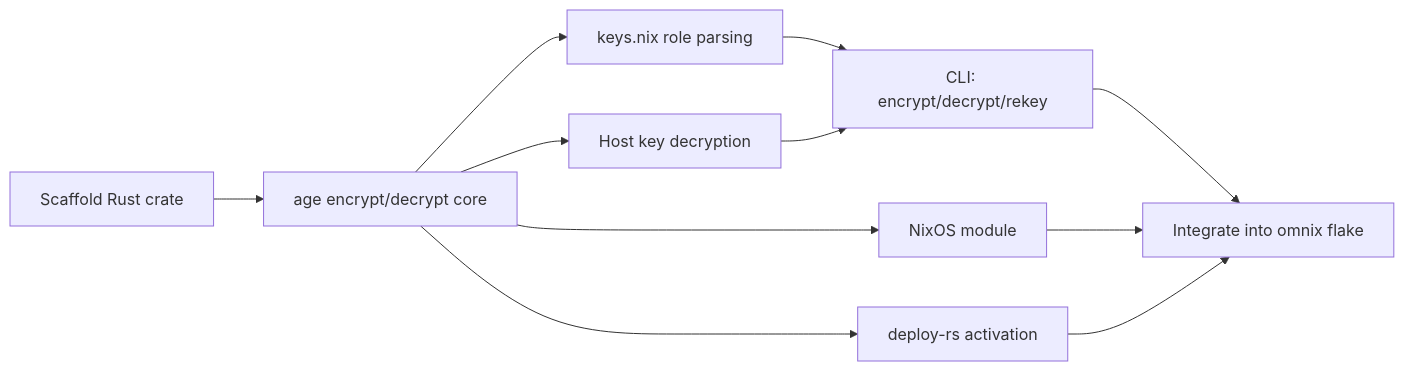
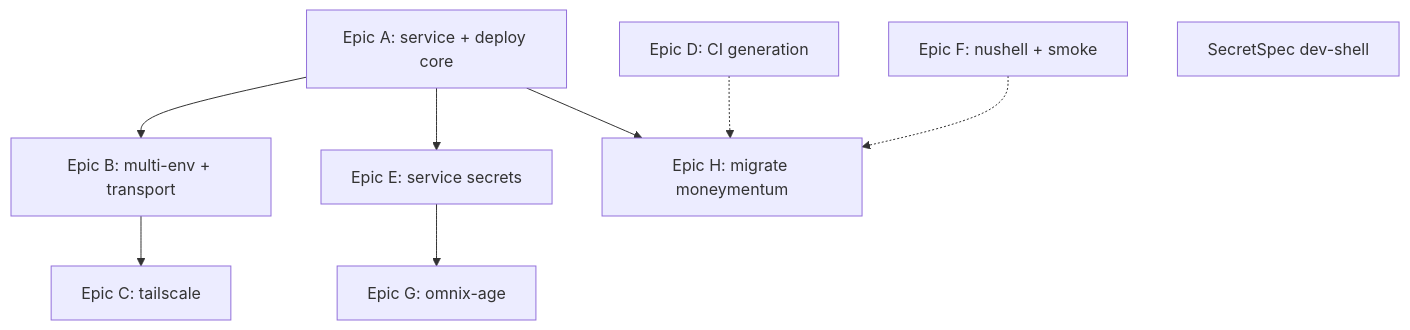
Before and after one commit to dataclique/omnix: the diagram in ROADMAP.md, drawn with Mermaid. The commit also changed other lines of this file and 3 other files, not shown here.

Commit message:
docs: opt-in ci/dev-tooling ADR + consolidation epic roadmap

````diff
--- a/ROADMAP.md
+++ b/ROADMAP.md
@@ -52,13 +16,13 @@
 ```mermaid
-graph LR
-  A[Scaffold Rust crate] --> B[age encrypt/decrypt core]
-  B --> C[keys.nix role parsing]
-  B --> D[Host key decryption]
-  B --> F[NixOS module]
-  B --> G[deploy-rs activation]
-  C --> E[CLI: encrypt/decrypt/rekey]
-  D --> E
-  E --> H[Integrate into omnix flake]
-  F --> H
-  G --> H
+graph TD
+  A[Epic A: service + deploy core] --> B[Epic B: multi-env + transport]
+  A --> E[Epic E: service secrets]
+  A --> H[Epic H: migrate moneymentum]
+  B --> C[Epic C: tailscale]
+  E --> G[Epic G: omnix-age]
+  D[Epic D: CI generation]
+  F[Epic F: nushell + smoke]
+  S[SecretSpec dev-shell]
+  D -.-> H
+  F -.-> H
 ```
````
